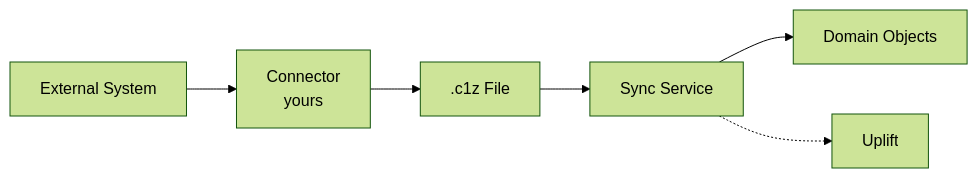
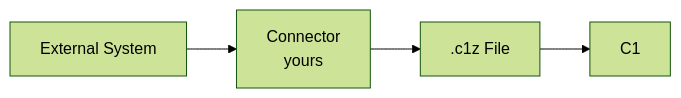
Before and after one commit to ConductorOne/docs: the second of 2 diagrams in developer/concepts.mdx, drawn with Mermaid (forest theme). The commit also changed other lines of this file and 1 other file, not shown here.

````diff
--- a/developer/concepts.mdx
+++ b/developer/concepts.mdx
@@ -159,8 +165,6 @@
 ```mermaid
 flowchart LR
     A[External System] --> B[Connector<br>yours]
     B --> C[.c1z File]
-    C --> D[Sync Service]
-    D --> E[Domain Objects]
-    D -.-> F["Uplift"]
+    C --> D[C1]
 ```
````
